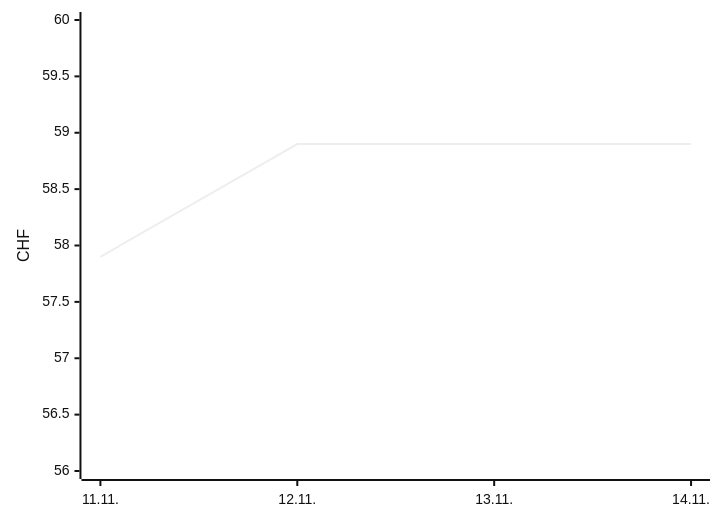
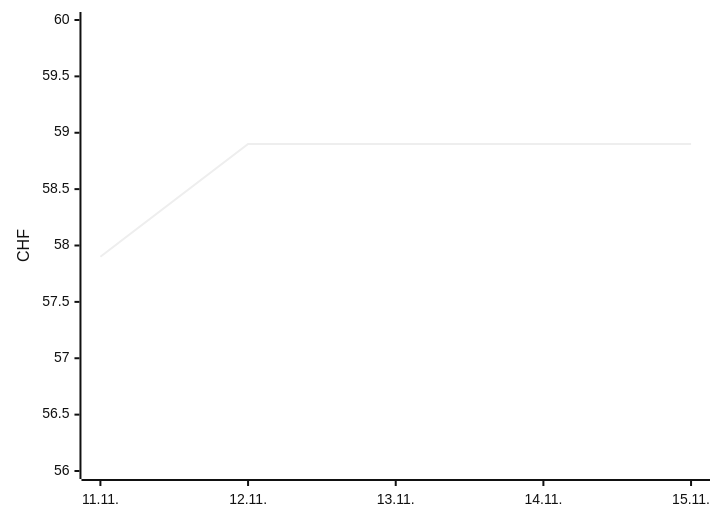
One commit to Akira2828/my-Galaxus-MCP changed the second of 2 diagrams in README.md. Above: the diagram before and after it, drawn with Mermaid (neutral theme). The commit also changed other lines of this file and 1 other file, not shown here.

````diff
--- a/README.md
+++ b/README.md
@@ -25,6 +25,6 @@
 ```mermaid
 xychart-beta
-  x-axis ["11.11.", "12.11.", "13.11.", "14.11."]
+  x-axis ["11.11.", "12.11.", "13.11.", "14.11.", "15.11."]
   y-axis "CHF" 56 --> 60
-  line [57.9, 58.9, 58.9, 58.9]
+  line [57.9, 58.9, 58.9, 58.9, 58.9]
 ```
````
